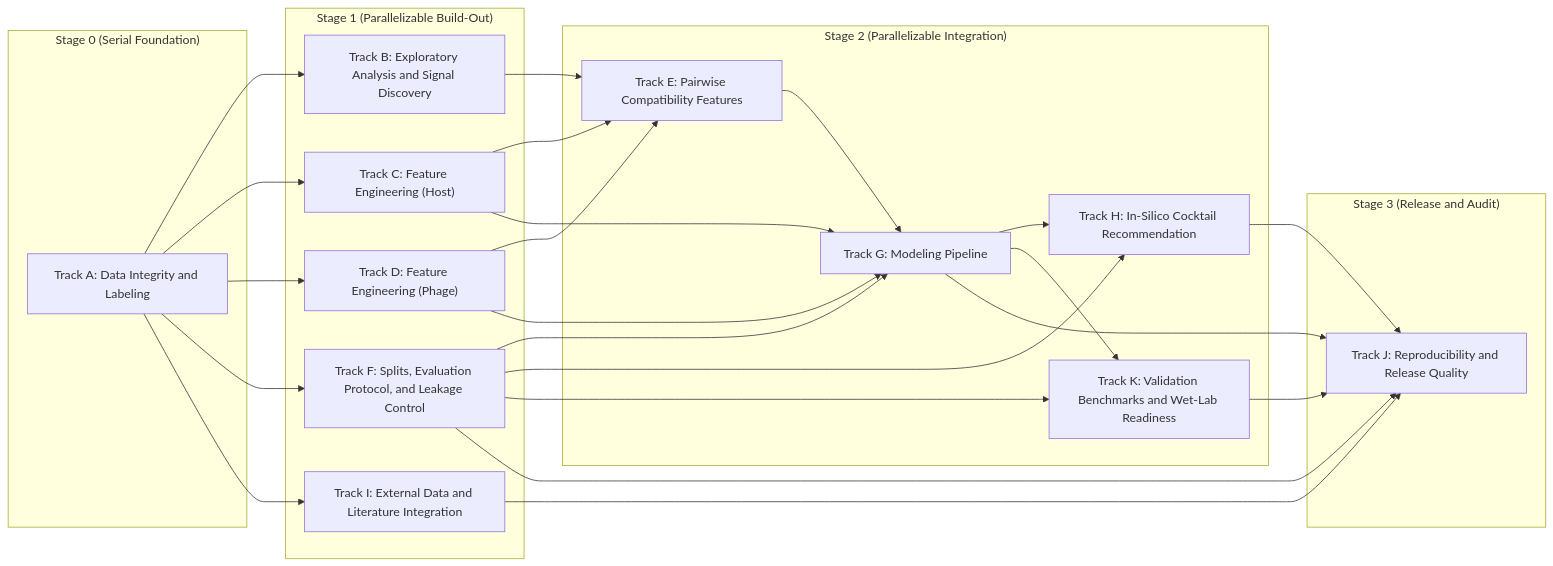
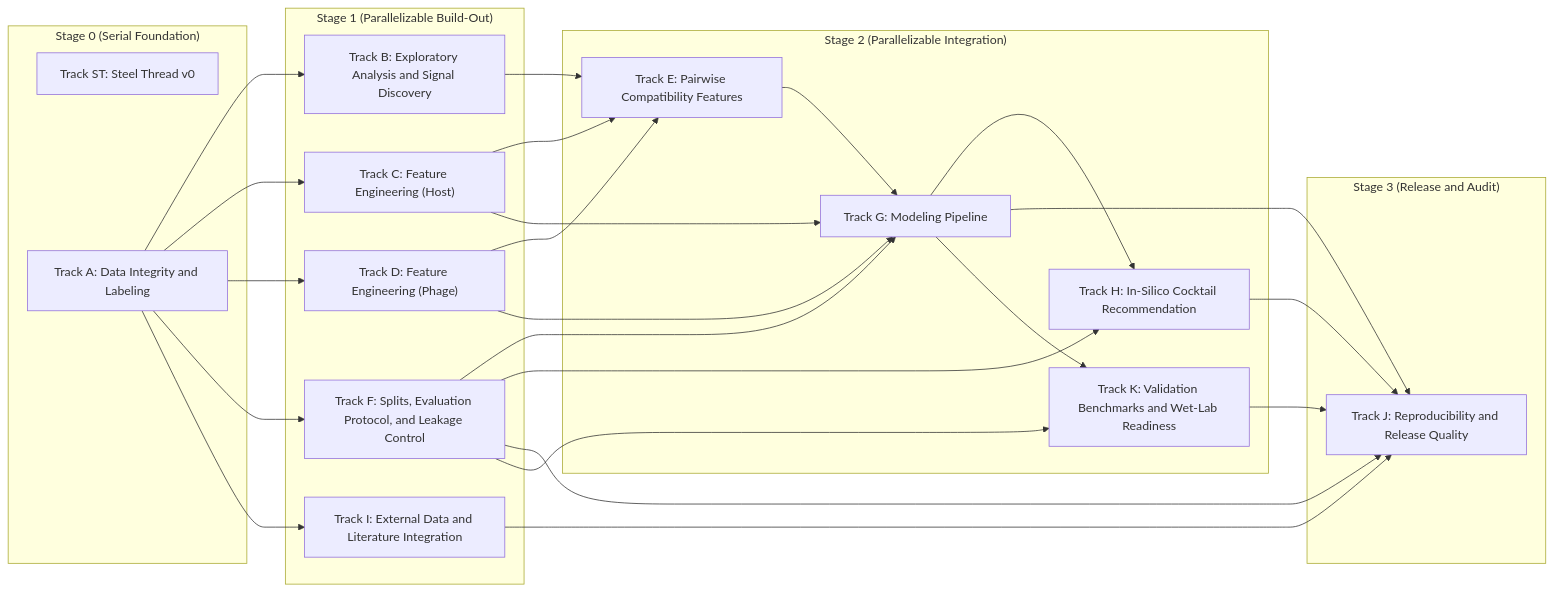
The diagram in lyzortx/research_notes/PLAN.md (LorenaDerezanin/coli_phage_interactions_2023), drawn with Mermaid before and after one commit. The commit also changed other lines of this file and 6 other files, not shown here.

````diff
--- a/lyzortx/research_notes/PLAN.md
+++ b/lyzortx/research_notes/PLAN.md
@@ -7,52 +7,48 @@
 ```mermaid
 graph LR
   subgraph s0["Stage 0 (Serial Foundation)"]
+    tst["Track ST: Steel Thread v0"]
     ta["Track A: Data Integrity and Labeling"]
   end
 
   subgraph s1["Stage 1 (Parallelizable Build-Out)"]
     tb["Track B: Exploratory Analysis and Signal Discovery"]
     tc["Track C: Feature Engineering (Host)"]
     td["Track D: Feature Engineering (Phage)"]
     tf["Track F: Splits, Evaluation Protocol, and Leakage Control"]
     ti["Track I: External Data and Literature Integration"]
   end
 
   subgraph s2["Stage 2 (Parallelizable Integration)"]
     te["Track E: Pairwise Compatibility Features"]
     tg["Track G: Modeling Pipeline"]
     th["Track H: In-Silico Cocktail Recommendation"]
     tk["Track K: Validation Benchmarks and Wet-Lab Readiness"]
   end
 
   subgraph s3["Stage 3 (Release and Audit)"]
     tj["Track J: Reproducibility and Release Quality"]
   end
 
   ta --> tb
   ta --> tc
   ta --> td
-  ta --> tf
-  ta --> ti
-
   tb --> te
   tc --> te
   td --> te
-
+  ta --> tf
   tc --> tg
   td --> tg
   te --> tg
   tf --> tg
-
   tf --> th
   tg --> th
-
+  ta --> ti
+  tf --> tj
+  tg --> tj
+  th --> tj
+  ti --> tj
+  tk --> tj
   tf --> tk
   tg --> tk
-
-  th --> tj
-  tk --> tj
-  tg --> tj
-  tf --> tj
-  ti --> tj
 ```
````
